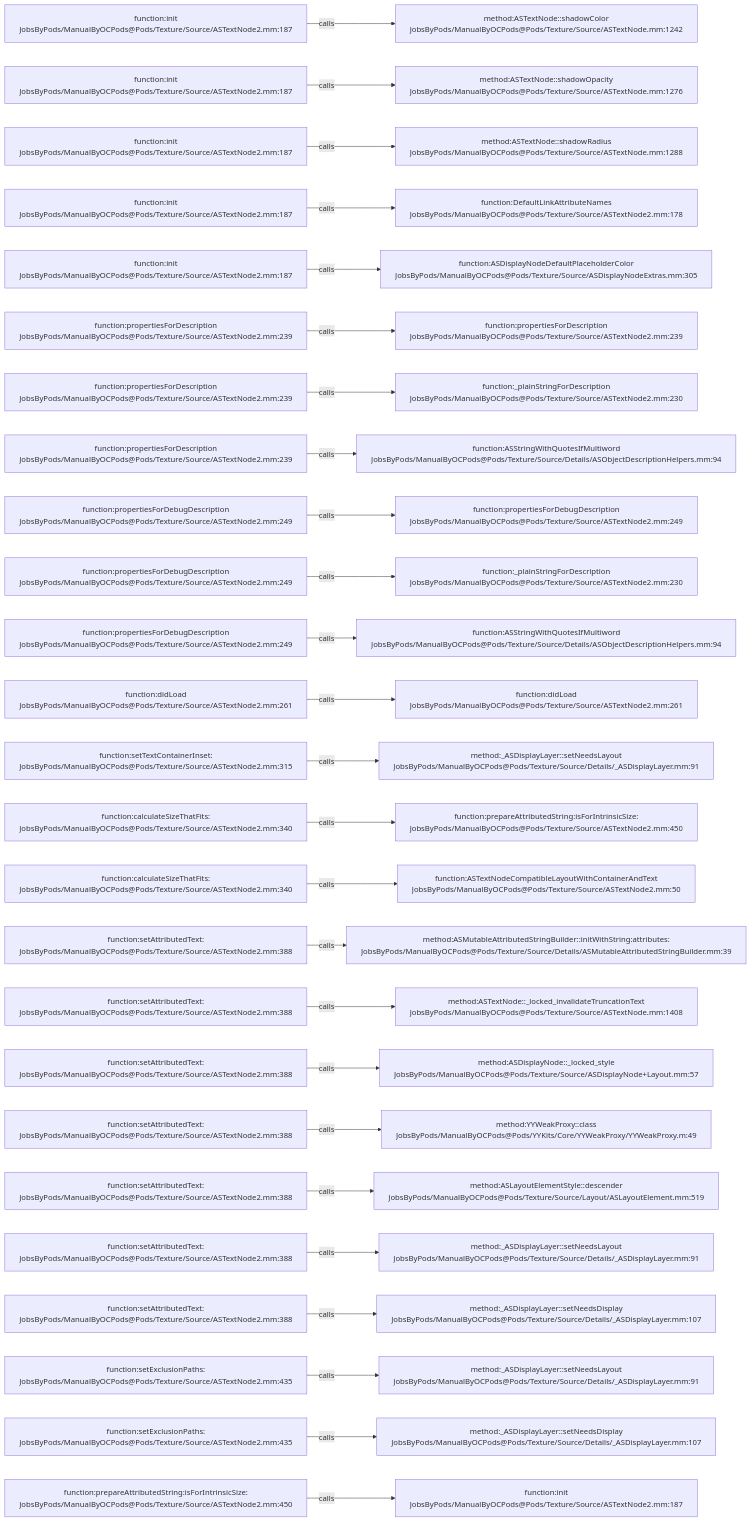
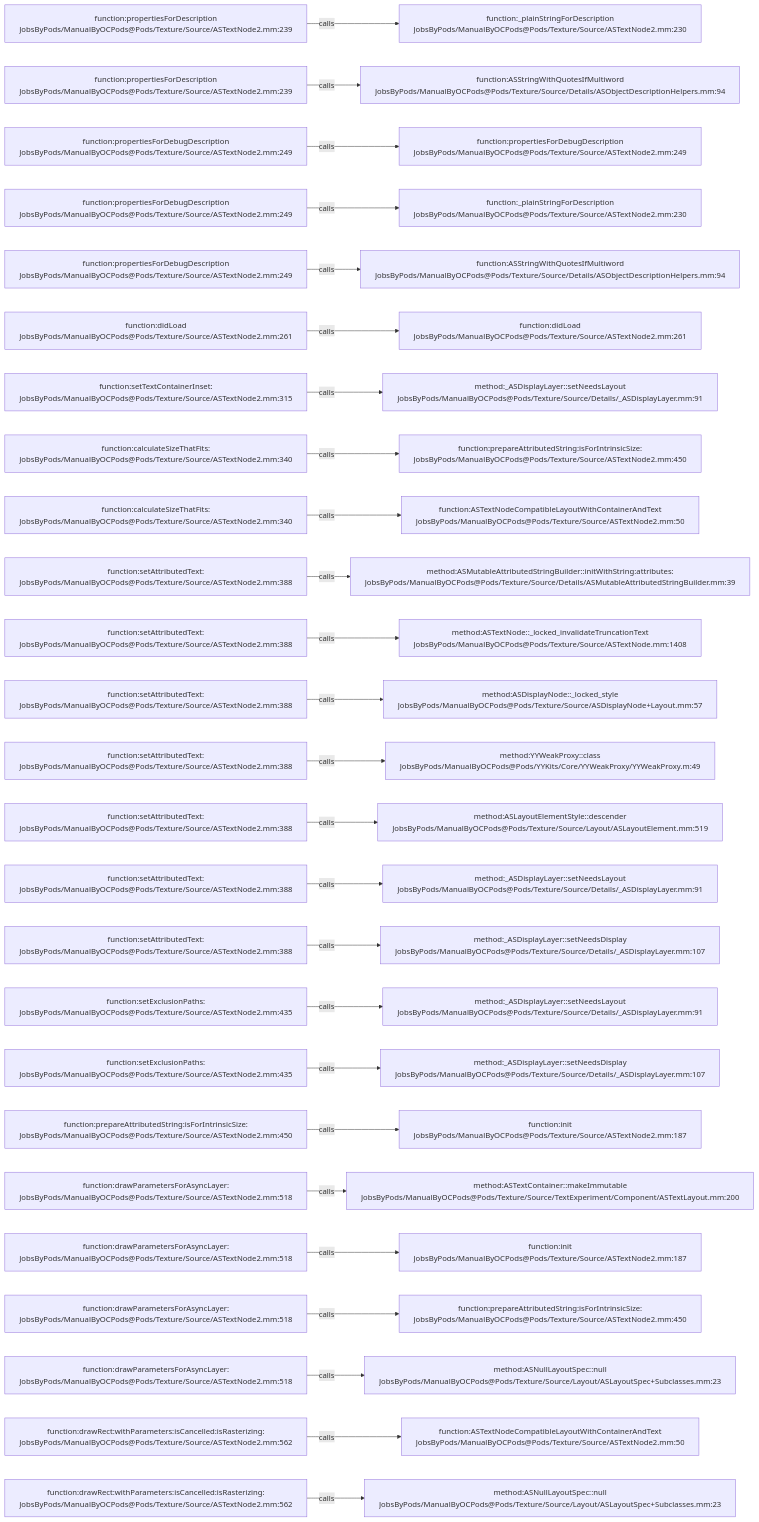
Before and after one commit to JobsKits/JobsOCBaseConfigDemo: the diagram in .codegraph/codegraph.md/graphs/calls-131.md, drawn with Mermaid. The commit also changed 666 other files, not shown here.

````diff
--- a/.codegraph/codegraph.md/graphs/calls-131.md
+++ b/.codegraph/codegraph.md/graphs/calls-131.md
@@ -13,78 +13,78 @@
 ```mermaid
 flowchart LR
-  S1["function:init<br/>JobsByPods/ManualByOCPods@Pods/Texture/Source/ASTextNode2.mm:187"]
-  T1["method:ASTextNode::shadowColor<br/>JobsByPods/ManualByOCPods@Pods/Texture/Source/ASTextNode.mm:1242"]
+  S1["function:propertiesForDescription<br/>JobsByPods/ManualByOCPods@Pods/Texture/Source/ASTextNode2.mm:239"]
+  T1["function:_plainStringForDescription<br/>JobsByPods/ManualByOCPods@Pods/Texture/Source/ASTextNode2.mm:230"]
   S1 -->|calls| T1
-  S2["function:init<br/>JobsByPods/ManualByOCPods@Pods/Texture/Source/ASTextNode2.mm:187"]
-  T2["method:ASTextNode::shadowOpacity<br/>JobsByPods/ManualByOCPods@Pods/Texture/Source/ASTextNode.mm:1276"]
+  S2["function:propertiesForDescription<br/>JobsByPods/ManualByOCPods@Pods/Texture/Source/ASTextNode2.mm:239"]
+  T2["function:ASStringWithQuotesIfMultiword<br/>JobsByPods/ManualByOCPods@Pods/Texture/Source/Details/ASObjectDescriptionHelpers.mm:94"]
   S2 -->|calls| T2
-  S3["function:init<br/>JobsByPods/ManualByOCPods@Pods/Texture/Source/ASTextNode2.mm:187"]
-  T3["method:ASTextNode::shadowRadius<br/>JobsByPods/ManualByOCPods@Pods/Texture/Source/ASTextNode.mm:1288"]
+  S3["function:propertiesForDebugDescription<br/>JobsByPods/ManualByOCPods@Pods/Texture/Source/ASTextNode2.mm:249"]
+  T3["function:propertiesForDebugDescription<br/>JobsByPods/ManualByOCPods@Pods/Texture/Source/ASTextNode2.mm:249"]
   S3 -->|calls| T3
-  S4["function:init<br/>JobsByPods/ManualByOCPods@Pods/Texture/Source/ASTextNode2.mm:187"]
-  T4["function:DefaultLinkAttributeNames<br/>JobsByPods/ManualByOCPods@Pods/Texture/Source/ASTextNode2.mm:178"]
+  S4["function:propertiesForDebugDescription<br/>JobsByPods/ManualByOCPods@Pods/Texture/Source/ASTextNode2.mm:249"]
+  T4["function:_plainStringForDescription<br/>JobsByPods/ManualByOCPods@Pods/Texture/Source/ASTextNode2.mm:230"]
   S4 -->|calls| T4
-  S5["function:init<br/>JobsByPods/ManualByOCPods@Pods/Texture/Source/ASTextNode2.mm:187"]
-  T5["function:ASDisplayNodeDefaultPlaceholderColor<br/>JobsByPods/ManualByOCPods@Pods/Texture/Source/ASDisplayNodeExtras.mm:305"]
+  S5["function:propertiesForDebugDescription<br/>JobsByPods/ManualByOCPods@Pods/Texture/Source/ASTextNode2.mm:249"]
+  T5["function:ASStringWithQuotesIfMultiword<br/>JobsByPods/ManualByOCPods@Pods/Texture/Source/Details/ASObjectDescriptionHelpers.mm:94"]
   S5 -->|calls| T5
-  S6["function:propertiesForDescription<br/>JobsByPods/ManualByOCPods@Pods/Texture/Source/ASTextNode2.mm:239"]
-  T6["function:propertiesForDescription<br/>JobsByPods/ManualByOCPods@Pods/Texture/Source/ASTextNode2.mm:239"]
+  S6["function:didLoad<br/>JobsByPods/ManualByOCPods@Pods/Texture/Source/ASTextNode2.mm:261"]
+  T6["function:didLoad<br/>JobsByPods/ManualByOCPods@Pods/Texture/Source/ASTextNode2.mm:261"]
   S6 -->|calls| T6
-  S7["function:propertiesForDescription<br/>JobsByPods/ManualByOCPods@Pods/Texture/Source/ASTextNode2.mm:239"]
-  T7["function:_plainStringForDescription<br/>JobsByPods/ManualByOCPods@Pods/Texture/Source/ASTextNode2.mm:230"]
+  S7["function:setTextContainerInset:<br/>JobsByPods/ManualByOCPods@Pods/Texture/Source/ASTextNode2.mm:315"]
+  T7["method:_ASDisplayLayer::setNeedsLayout<br/>JobsByPods/ManualByOCPods@Pods/Texture/Source/Details/_ASDisplayLayer.mm:91"]
   S7 -->|calls| T7
-  S8["function:propertiesForDescription<br/>JobsByPods/ManualByOCPods@Pods/Texture/Source/ASTextNode2.mm:239"]
-  T8["function:ASStringWithQuotesIfMultiword<br/>JobsByPods/ManualByOCPods@Pods/Texture/Source/Details/ASObjectDescriptionHelpers.mm:94"]
+  S8["function:calculateSizeThatFits:<br/>JobsByPods/ManualByOCPods@Pods/Texture/Source/ASTextNode2.mm:340"]
+  T8["function:prepareAttributedString:isForIntrinsicSize:<br/>JobsByPods/ManualByOCPods@Pods/Texture/Source/ASTextNode2.mm:450"]
   S8 -->|calls| T8
-  S9["function:propertiesForDebugDescription<br/>JobsByPods/ManualByOCPods@Pods/Texture/Source/ASTextNode2.mm:249"]
-  T9["function:propertiesForDebugDescription<br/>JobsByPods/ManualByOCPods@Pods/Texture/Source/ASTextNode2.mm:249"]
+  S9["function:calculateSizeThatFits:<br/>JobsByPods/ManualByOCPods@Pods/Texture/Source/ASTextNode2.mm:340"]
+  T9["function:ASTextNodeCompatibleLayoutWithContainerAndText<br/>JobsByPods/ManualByOCPods@Pods/Texture/Source/ASTextNode2.mm:50"]
   S9 -->|calls| T9
-  S10["function:propertiesForDebugDescription<br/>JobsByPods/ManualByOCPods@Pods/Texture/Source/ASTextNode2.mm:249"]
-  T10["function:_plainStringForDescription<br/>JobsByPods/ManualByOCPods@Pods/Texture/Source/ASTextNode2.mm:230"]
+  S10["function:setAttributedText:<br/>JobsByPods/ManualByOCPods@Pods/Texture/Source/ASTextNode2.mm:388"]
+  T10["method:ASMutableAttributedStringBuilder::initWithString:attributes:<br/>JobsByPods/ManualByOCPods@Pods/Texture/Source/Details/ASMutableAttributedStringBuilder.mm:39"]
   S10 -->|calls| T10
-  S11["function:propertiesForDebugDescription<br/>JobsByPods/ManualByOCPods@Pods/Texture/Source/ASTextNode2.mm:249"]
-  T11["function:ASStringWithQuotesIfMultiword<br/>JobsByPods/ManualByOCPods@Pods/Texture/Source/Details/ASObjectDescriptionHelpers.mm:94"]
+  S11["function:setAttributedText:<br/>JobsByPods/ManualByOCPods@Pods/Texture/Source/ASTextNode2.mm:388"]
+  T11["method:ASTextNode::_locked_invalidateTruncationText<br/>JobsByPods/ManualByOCPods@Pods/Texture/Source/ASTextNode.mm:1408"]
   S11 -->|calls| T11
-  S12["function:didLoad<br/>JobsByPods/ManualByOCPods@Pods/Texture/Source/ASTextNode2.mm:261"]
-  T12["function:didLoad<br/>JobsByPods/ManualByOCPods@Pods/Texture/Source/ASTextNode2.mm:261"]
+  S12["function:setAttributedText:<br/>JobsByPods/ManualByOCPods@Pods/Texture/Source/ASTextNode2.mm:388"]
+  T12["method:ASDisplayNode::_locked_style<br/>JobsByPods/ManualByOCPods@Pods/Texture/Source/ASDisplayNode+Layout.mm:57"]
   S12 -->|calls| T12
-  S13["function:setTextContainerInset:<br/>JobsByPods/ManualByOCPods@Pods/Texture/Source/ASTextNode2.mm:315"]
-  T13["method:_ASDisplayLayer::setNeedsLayout<br/>JobsByPods/ManualByOCPods@Pods/Texture/Source/Details/_ASDisplayLayer.mm:91"]
+  S13["function:setAttributedText:<br/>JobsByPods/ManualByOCPods@Pods/Texture/Source/ASTextNode2.mm:388"]
+  T13["method:YYWeakProxy::class<br/>JobsByPods/ManualByOCPods@Pods/YYKits/Core/YYWeakProxy/YYWeakProxy.m:49"]
   S13 -->|calls| T13
-  S14["function:calculateSizeThatFits:<br/>JobsByPods/ManualByOCPods@Pods/Texture/Source/ASTextNode2.mm:340"]
-  T14["function:prepareAttributedString:isForIntrinsicSize:<br/>JobsByPods/ManualByOCPods@Pods/Texture/Source/ASTextNode2.mm:450"]
+  S14["function:setAttributedText:<br/>JobsByPods/ManualByOCPods@Pods/Texture/Source/ASTextNode2.mm:388"]
+  T14["method:ASLayoutElementStyle::descender<br/>JobsByPods/ManualByOCPods@Pods/Texture/Source/Layout/ASLayoutElement.mm:519"]
   S14 -->|calls| T14
-  S15["function:calculateSizeThatFits:<br/>JobsByPods/ManualByOCPods@Pods/Texture/Source/ASTextNode2.mm:340"]
-  T15["function:ASTextNodeCompatibleLayoutWithContainerAndText<br/>JobsByPods/ManualByOCPods@Pods/Texture/Source/ASTextNode2.mm:50"]
+  S15["function:setAttributedText:<br/>JobsByPods/ManualByOCPods@Pods/Texture/Source/ASTextNode2.mm:388"]
+  T15["method:_ASDisplayLayer::setNeedsLayout<br/>JobsByPods/ManualByOCPods@Pods/Texture/Source/Details/_ASDisplayLayer.mm:91"]
   S15 -->|calls| T15
   S16["function:setAttributedText:<br/>JobsByPods/ManualByOCPods@Pods/Texture/Source/ASTextNode2.mm:388"]
-  T16["method:ASMutableAttributedStringBuilder::initWithString:attributes:<br/>JobsByPods/ManualByOCPods@Pods/Texture/Source/Details/ASMutableAttributedStringBuilder.mm:39"]
+  T16["method:_ASDisplayLayer::setNeedsDisplay<br/>JobsByPods/ManualByOCPods@Pods/Texture/Source/Details/_ASDisplayLayer.mm:107"]
   S16 -->|calls| T16
-  S17["function:setAttributedText:<br/>JobsByPods/ManualByOCPods@Pods/Texture/Source/ASTextNode2.mm:388"]
-  T17["method:ASTextNode::_locked_invalidateTruncationText<br/>JobsByPods/ManualByOCPods@Pods/Texture/Source/ASTextNode.mm:1408"]
+  S17["function:setExclusionPaths:<br/>JobsByPods/ManualByOCPods@Pods/Texture/Source/ASTextNode2.mm:435"]
+  T17["method:_ASDisplayLayer::setNeedsLayout<br/>JobsByPods/ManualByOCPods@Pods/Texture/Source/Details/_ASDisplayLayer.mm:91"]
   S17 -->|calls| T17
-  S18["function:setAttributedText:<br/>JobsByPods/ManualByOCPods@Pods/Texture/Source/ASTextNode2.mm:388"]
-  T18["method:ASDisplayNode::_locked_style<br/>JobsByPods/ManualByOCPods@Pods/Texture/Source/ASDisplayNode+Layout.mm:57"]
+  S18["function:setExclusionPaths:<br/>JobsByPods/ManualByOCPods@Pods/Texture/Source/ASTextNode2.mm:435"]
+  T18["method:_ASDisplayLayer::setNeedsDisplay<br/>JobsByPods/ManualByOCPods@Pods/Texture/Source/Details/_ASDisplayLayer.mm:107"]
   S18 -->|calls| T18
-  S19["function:setAttributedText:<br/>JobsByPods/ManualByOCPods@Pods/Texture/Source/ASTextNode2.mm:388"]
-  T19["method:YYWeakProxy::class<br/>JobsByPods/ManualByOCPods@Pods/YYKits/Core/YYWeakProxy/YYWeakProxy.m:49"]
+  S19["function:prepareAttributedString:isForIntrinsicSize:<br/>JobsByPods/ManualByOCPods@Pods/Texture/Source/ASTextNode2.mm:450"]
+  T19["function:init<br/>JobsByPods/ManualByOCPods@Pods/Texture/Source/ASTextNode2.mm:187"]
   S19 -->|calls| T19
-  S20["function:setAttributedText:<br/>JobsByPods/ManualByOCPods@Pods/Texture/Source/ASTextNode2.mm:388"]
-  T20["method:ASLayoutElementStyle::descender<br/>JobsByPods/ManualByOCPods@Pods/Texture/Source/Layout/ASLayoutElement.mm:519"]
+  S20["function:drawParametersForAsyncLayer:<br/>JobsByPods/ManualByOCPods@Pods/Texture/Source/ASTextNode2.mm:518"]
+  T20["method:ASTextContainer::makeImmutable<br/>JobsByPods/ManualByOCPods@Pods/Texture/Source/TextExperiment/Component/ASTextLayout.mm:200"]
   S20 -->|calls| T20
-  S21["function:setAttributedText:<br/>JobsByPods/ManualByOCPods@Pods/Texture/Source/ASTextNode2.mm:388"]
-  T21["method:_ASDisplayLayer::setNeedsLayout<br/>JobsByPods/ManualByOCPods@Pods/Texture/Source/Details/_ASDisplayLayer.mm:91"]
+  S21["function:drawParametersForAsyncLayer:<br/>JobsByPods/ManualByOCPods@Pods/Texture/Source/ASTextNode2.mm:518"]
+  T21["function:init<br/>JobsByPods/ManualByOCPods@Pods/Texture/Source/ASTextNode2.mm:187"]
   S21 -->|calls| T21
-  S22["function:setAttributedText:<br/>JobsByPods/ManualByOCPods@Pods/Texture/Source/ASTextNode2.mm:388"]
-  T22["method:_ASDisplayLayer::setNeedsDisplay<br/>JobsByPods/ManualByOCPods@Pods/Texture/Source/Details/_ASDisplayLayer.mm:107"]
+  S22["function:drawParametersForAsyncLayer:<br/>JobsByPods/ManualByOCPods@Pods/Texture/Source/ASTextNode2.mm:518"]
+  T22["function:prepareAttributedString:isForIntrinsicSize:<br/>JobsByPods/ManualByOCPods@Pods/Texture/Source/ASTextNode2.mm:450"]
   S22 -->|calls| T22
-  S23["function:setExclusionPaths:<br/>JobsByPods/ManualByOCPods@Pods/Texture/Source/ASTextNode2.mm:435"]
-  T23["method:_ASDisplayLayer::setNeedsLayout<br/>JobsByPods/ManualByOCPods@Pods/Texture/Source/Details/_ASDisplayLayer.mm:91"]
+  S23["function:drawParametersForAsyncLayer:<br/>JobsByPods/ManualByOCPods@Pods/Texture/Source/ASTextNode2.mm:518"]
+  T23["method:ASNullLayoutSpec::null<br/>JobsByPods/ManualByOCPods@Pods/Texture/Source/Layout/ASLayoutSpec+Subclasses.mm:23"]
   S23 -->|calls| T23
-  S24["function:setExclusionPaths:<br/>JobsByPods/ManualByOCPods@Pods/Texture/Source/ASTextNode2.mm:435"]
-  T24["method:_ASDisplayLayer::setNeedsDisplay<br/>JobsByPods/ManualByOCPods@Pods/Texture/Source/Details/_ASDisplayLayer.mm:107"]
+  S24["function:drawRect:withParameters:isCancelled:isRasterizing:<br/>JobsByPods/ManualByOCPods@Pods/Texture/Source/ASTextNode2.mm:562"]
+  T24["function:ASTextNodeCompatibleLayoutWithContainerAndText<br/>JobsByPods/ManualByOCPods@Pods/Texture/Source/ASTextNode2.mm:50"]
   S24 -->|calls| T24
-  S25["function:prepareAttributedString:isForIntrinsicSize:<br/>JobsByPods/ManualByOCPods@Pods/Texture/Source/ASTextNode2.mm:450"]
-  T25["function:init<br/>JobsByPods/ManualByOCPods@Pods/Texture/Source/ASTextNode2.mm:187"]
+  S25["function:drawRect:withParameters:isCancelled:isRasterizing:<br/>JobsByPods/ManualByOCPods@Pods/Texture/Source/ASTextNode2.mm:562"]
+  T25["method:ASNullLayoutSpec::null<br/>JobsByPods/ManualByOCPods@Pods/Texture/Source/Layout/ASLayoutSpec+Subclasses.mm:23"]
   S25 -->|calls| T25
 ```
````
